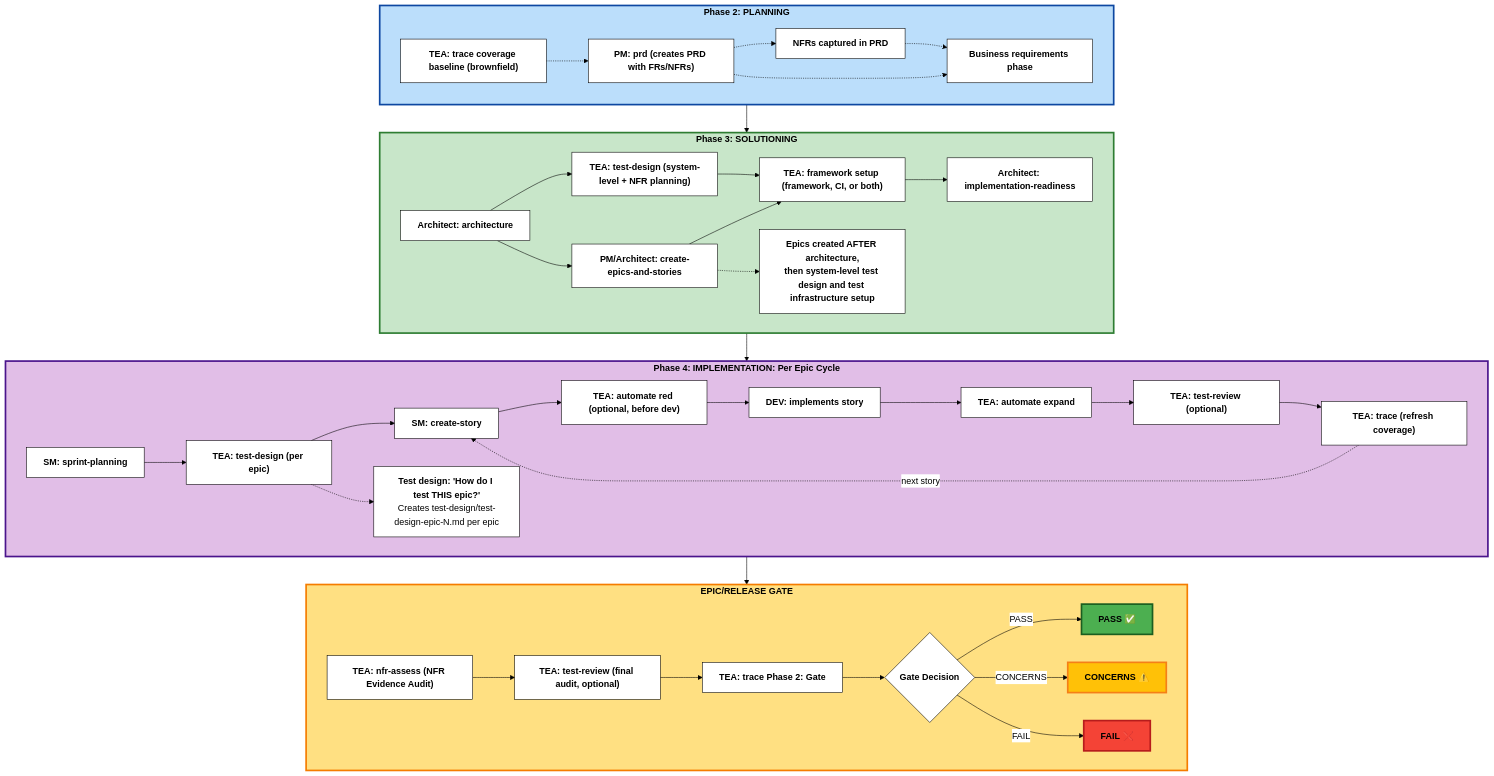
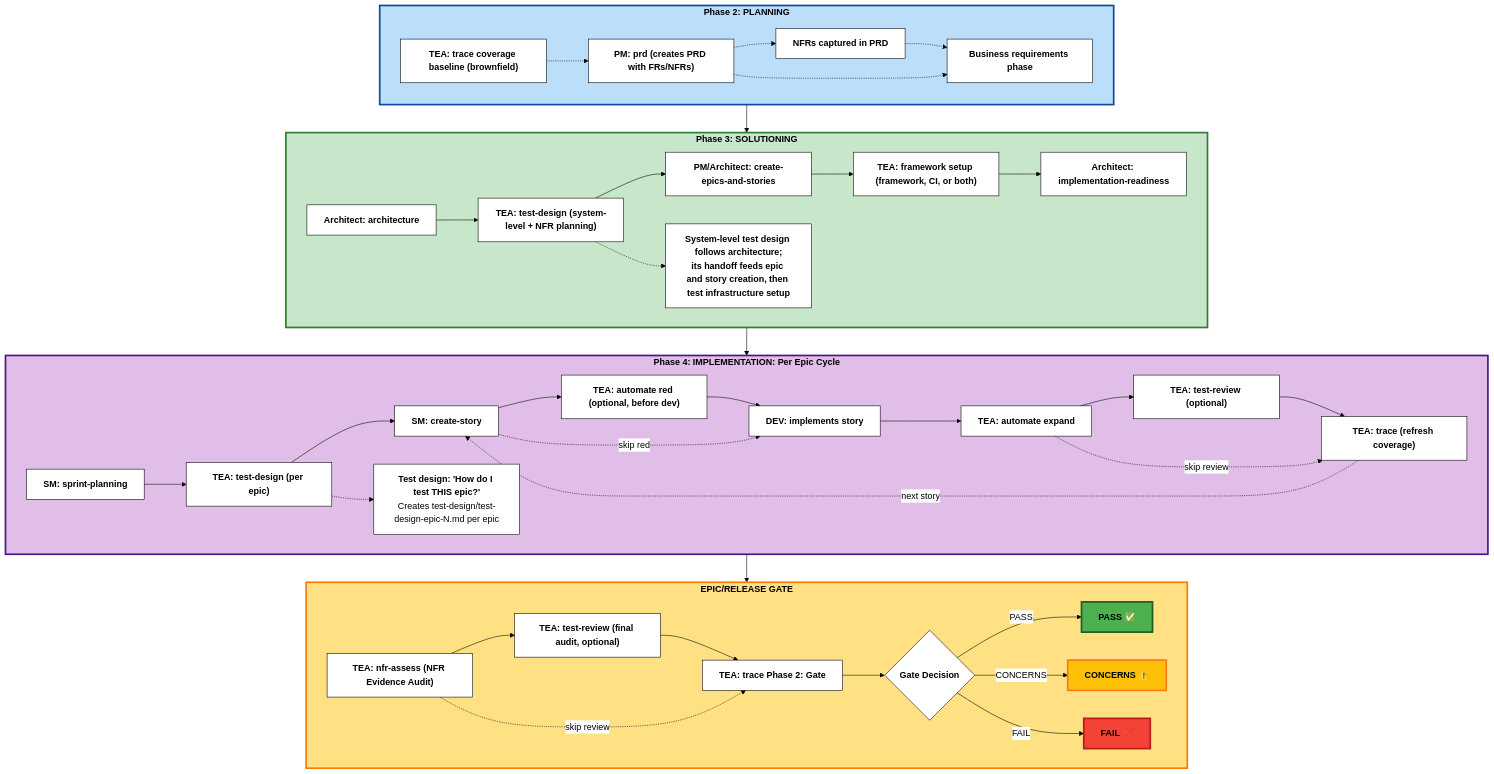
One commit to ZbynekHolub/bmad-method-test-architecture-enterprise changed the diagram in docs/explanation/tea-overview.md. Above: the diagram before and after it, drawn with Mermaid. The commit also changed other lines of this file and 130 other files, not shown here.

````diff
--- a/docs/explanation/tea-overview.md
+++ b/docs/explanation/tea-overview.md
@@ -82,77 +75,79 @@
 ```mermaid
 %%{init: {'theme':'base', 'themeVariables': { 'primaryColor':'#fff','primaryTextColor':'#000','primaryBorderColor':'#000','lineColor':'#000','secondaryColor':'#fff','tertiaryColor':'#fff','fontSize':'16px','fontFamily':'arial'}}}%%
 graph TB
     subgraph Phase2["<b>Phase 2: PLANNING</b>"]
         TraceBaseline["<b>TEA: trace coverage baseline (brownfield)</b>"]
         PM["<b>PM: prd (creates PRD with FRs/NFRs)</b>"]
         TraceBaseline -.-> PM
         PlanNote["<b>Business requirements phase</b>"]
         PrdNfr["<b>NFRs captured in PRD</b>"]
         PM -.-> PrdNfr
         PrdNfr -.-> PlanNote
         PM -.-> PlanNote
     end
 
     subgraph Phase3["<b>Phase 3: SOLUTIONING</b>"]
         Architecture["<b>Architect: architecture</b>"]
         EpicsStories["<b>PM/Architect: create-epics-and-stories</b>"]
         TestDesignSys["<b>TEA: test-design (system-level + NFR planning)</b>"]
         Framework["<b>TEA: framework setup (framework, CI, or both)</b>"]
         GateCheck["<b>Architect: implementation-readiness</b>"]
-        Architecture --> EpicsStories
         Architecture --> TestDesignSys
-        TestDesignSys --> Framework
+        TestDesignSys --> EpicsStories
         EpicsStories --> Framework
         Framework --> GateCheck
-        Phase3Note["<b>Epics created AFTER architecture,</b><br/><b>then system-level test design and test infrastructure setup</b>"]
-        EpicsStories -.-> Phase3Note
+        Phase3Note["<b>System-level test design follows architecture;</b><br/><b>its handoff feeds epic and story creation, then test infrastructure setup</b>"]
+        TestDesignSys -.-> Phase3Note
     end
 
     subgraph Phase4["<b>Phase 4: IMPLEMENTATION: Per Epic Cycle</b>"]
         SprintPlan["<b>SM: sprint-planning</b>"]
         TestDesign["<b>TEA: test-design (per epic)</b>"]
         CreateStory["<b>SM: create-story</b>"]
         ATDD["<b>TEA: automate red (optional, before dev)</b>"]
         DevImpl["<b>DEV: implements story</b>"]
         Automate["<b>TEA: automate expand</b>"]
         TestReview1["<b>TEA: test-review (optional)</b>"]
         Trace1["<b>TEA: trace (refresh coverage)</b>"]
 
         SprintPlan --> TestDesign
         TestDesign --> CreateStory
         CreateStory --> ATDD
         ATDD --> DevImpl
+        CreateStory -.->|skip red| DevImpl
         DevImpl --> Automate
         Automate --> TestReview1
         TestReview1 --> Trace1
+        Automate -.->|skip review| Trace1
         Trace1 -.->|next story| CreateStory
         TestDesignNote["<b>Test design: 'How do I test THIS epic?'</b><br/>Creates test-design/test-design-epic-N.md per epic"]
         TestDesign -.-> TestDesignNote
     end
 
     subgraph Gate["<b>EPIC/RELEASE GATE</b>"]
         NFR["<b>TEA: nfr-assess (NFR Evidence Audit)</b>"]
         TestReview2["<b>TEA: test-review (final audit, optional)</b>"]
         TraceGate["<b>TEA: trace Phase 2: Gate</b>"]
         GateDecision{"<b>Gate Decision</b>"}
 
         NFR --> TestReview2
         TestReview2 --> TraceGate
+        NFR -.->|skip review| TraceGate
         TraceGate --> GateDecision
         GateDecision -->|PASS| Pass["<b>PASS ✅</b>"]
         GateDecision -->|CONCERNS| Concerns["<b>CONCERNS ⚠️</b>"]
         GateDecision -->|FAIL| Fail["<b>FAIL ❌</b>"]
     end
 
     Phase2 --> Phase3
     Phase3 --> Phase4
     Phase4 --> Gate
 
     style Phase2 fill:#bbdefb,stroke:#0d47a1,stroke-width:3px,color:#000
     style Phase3 fill:#c8e6c9,stroke:#2e7d32,stroke-width:3px,color:#000
     style Phase4 fill:#e1bee7,stroke:#4a148c,stroke-width:3px,color:#000
     style Gate fill:#ffe082,stroke:#f57c00,stroke-width:3px,color:#000
     style Pass fill:#4caf50,stroke:#1b5e20,stroke-width:3px,color:#000
     style Concerns fill:#ffc107,stroke:#f57f17,stroke-width:3px,color:#000
     style Fail fill:#f44336,stroke:#b71c1c,stroke-width:3px,color:#000
 ```
````
